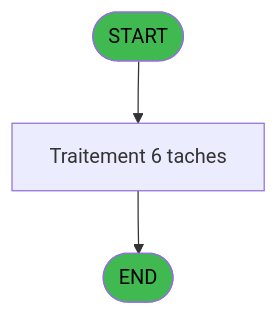
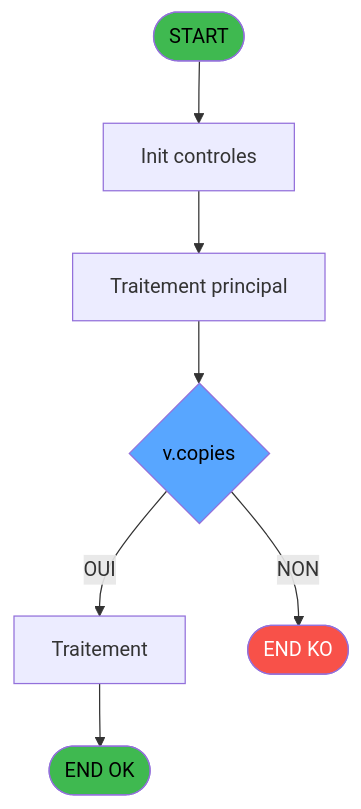
One commit to thonyAGP/lecteur-magic changed the first of 3 diagrams in .openspec/specs/ADH-IDE-171.md. Above: the diagram before and after it, drawn with Mermaid. The commit also changed other lines of this file and 493 other files, not shown here.

````diff
--- a/.openspec/specs/ADH-IDE-171.md
+++ b/.openspec/specs/ADH-IDE-171.md
@@ -169,9 +114,20 @@
 ```mermaid
 flowchart TD
     START([START])
-    PROCESS[Traitement 6 taches]
-    ENDOK([END])
-    START --> PROCESS --> ENDOK
+    INIT[Init controles]
+    SAISIE[Traitement principal]
+    DECISION{v.copies}
+    PROCESS[Traitement]
+    ENDOK([END OK])
+    ENDKO([END KO])
+
+    START --> INIT --> SAISIE --> DECISION
+    DECISION -->|OUI| PROCESS
+    DECISION -->|NON| ENDKO
+    PROCESS --> ENDOK
+
     style START fill:#3fb950,color:#000
     style ENDOK fill:#3fb950,color:#000
+    style ENDKO fill:#f85149,color:#fff
+    style DECISION fill:#58a6ff,color:#000
 ```
````
